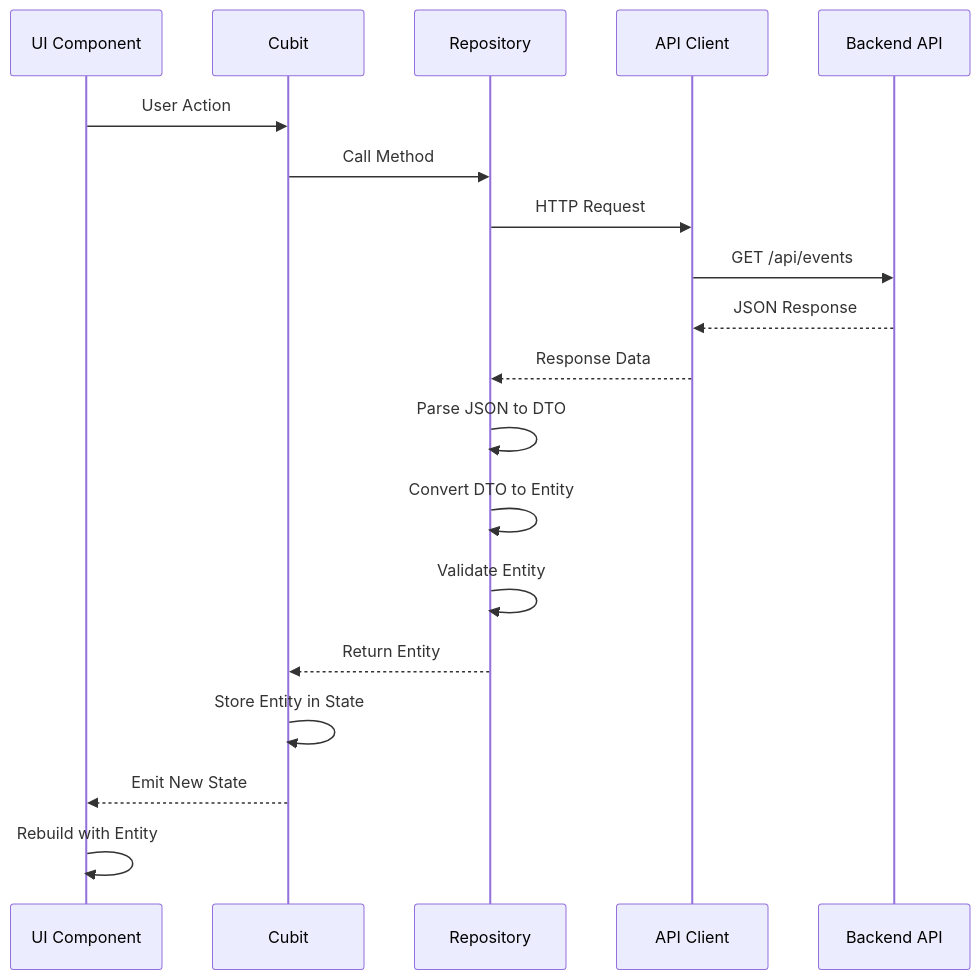
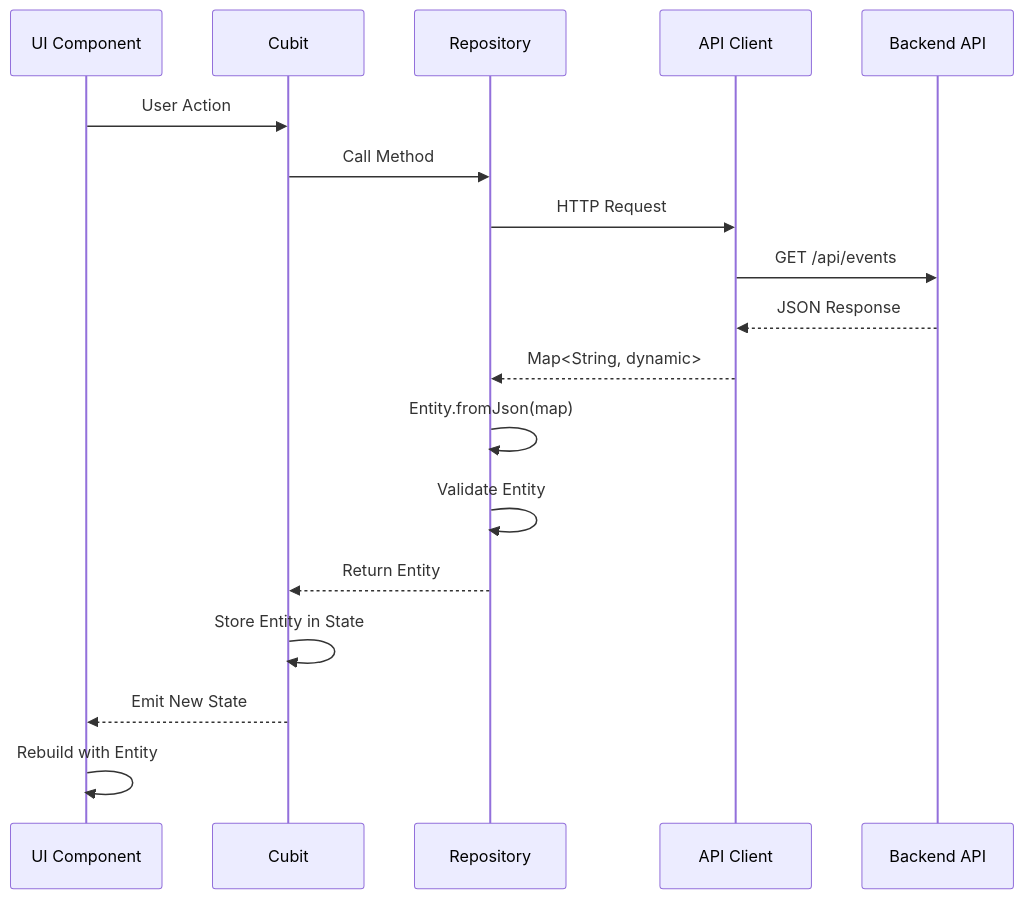
One commit to mjablecnik/Dancee-2.0 changed the fifth of 7 diagrams in .kiro/specs/flutter-architecture-refactor/design.md. Above: the diagram before and after it, drawn with Mermaid. The commit also changed other lines of this file and 2 other files, not shown here.

Commit message:
feat: implement entities-only data layer with direct JSON serialization

````diff
--- a/.kiro/specs/flutter-architecture-refactor/design.md
+++ b/.kiro/specs/flutter-architecture-refactor/design.md
@@ -1288,22 +1155,21 @@
 ```mermaid
 sequenceDiagram
     participant UI as UI Component
     participant Cubit as Cubit
     participant Repo as Repository
     participant API as API Client
     participant Server as Backend API
     
     UI->>Cubit: User Action
     Cubit->>Repo: Call Method
     Repo->>API: HTTP Request
     API->>Server: GET /api/events
     Server-->>API: JSON Response
-    API-->>Repo: Response Data
-    Repo->>Repo: Parse JSON to DTO
-    Repo->>Repo: Convert DTO to Entity
+    API-->>Repo: Map<String, dynamic>
+    Repo->>Repo: Entity.fromJson(map)
     Repo->>Repo: Validate Entity
     Repo-->>Cubit: Return Entity
     Cubit->>Cubit: Store Entity in State
     Cubit-->>UI: Emit New State
     UI->>UI: Rebuild with Entity
 ```
````
